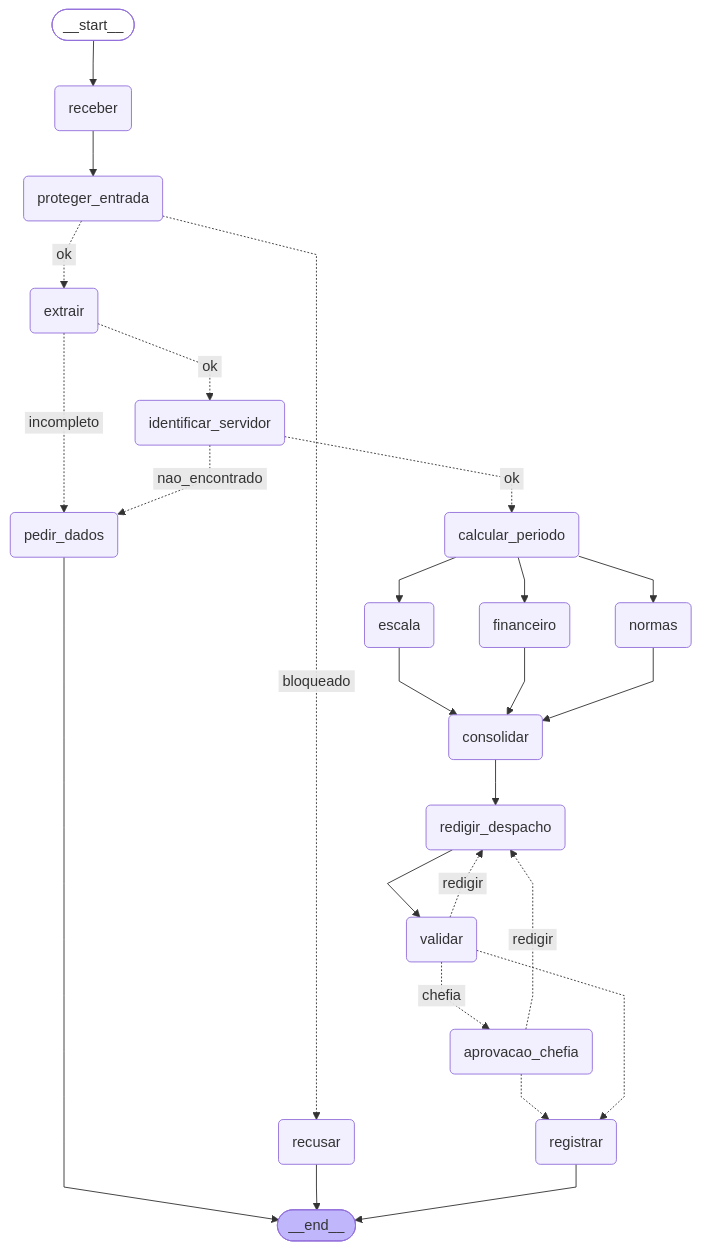
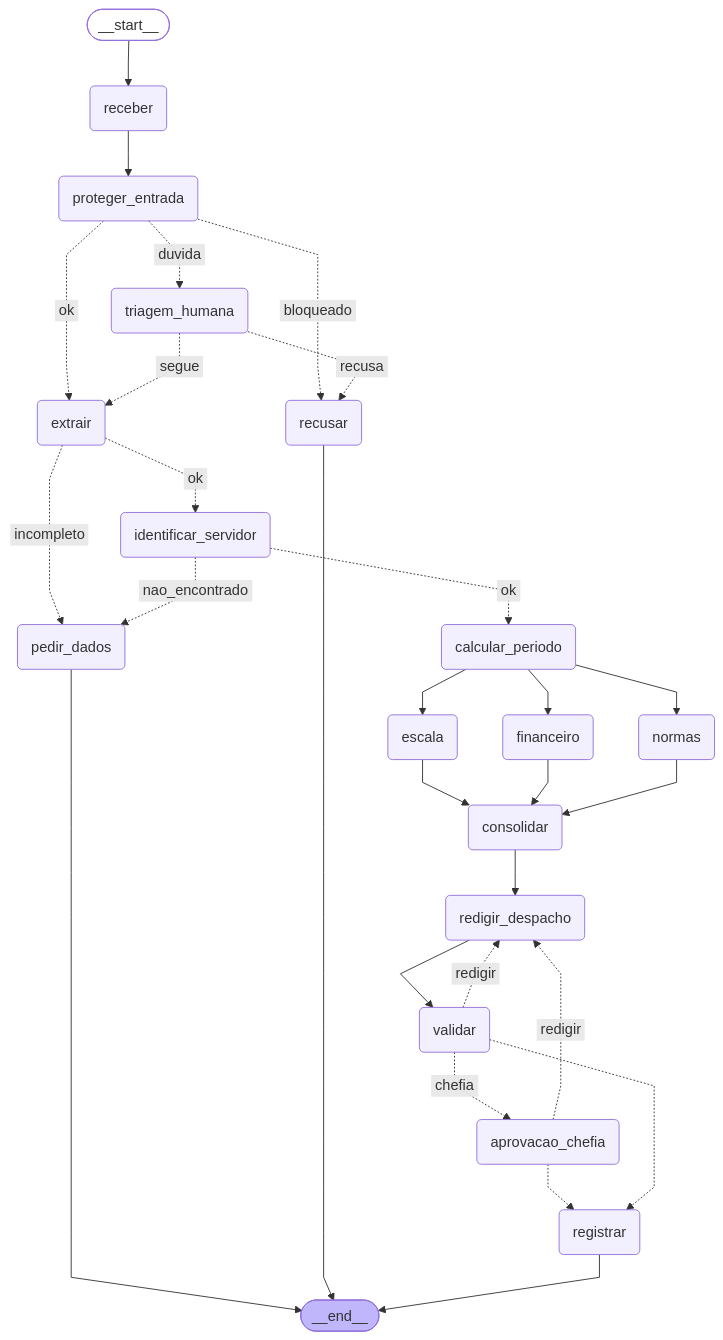
Before and after one commit to FLPROBR/mba_multiagentes: the diagram in ENTREGA.md, drawn with Mermaid. The commit also changed other lines of this file and 5 other files, not shown here.

Commit message:
Opcionais: votação (A), governança por hooks (B) e triagem humana (C)

````diff
--- a/ENTREGA.md
+++ b/ENTREGA.md
@@ -43,52 +43,56 @@
 ```mermaid
 ---
 config:
   flowchart:
     curve: linear
 ---
 graph TD;
 	__start__([<p>__start__</p>]):::first
 	receber(receber)
 	proteger_entrada(proteger_entrada)
 	recusar(recusar)
 	extrair(extrair)
 	pedir_dados(pedir_dados)
 	identificar_servidor(identificar_servidor)
 	calcular_periodo(calcular_periodo)
 	normas(normas)
 	escala(escala)
 	financeiro(financeiro)
 	consolidar(consolidar)
 	redigir_despacho(redigir_despacho)
 	validar(validar)
 	aprovacao_chefia(aprovacao_chefia)
 	registrar(registrar)
+	triagem_humana(triagem_humana)
 	__end__([<p>__end__</p>]):::last
 	__start__ --> receber;
 	aprovacao_chefia -. &nbsp;redigir&nbsp; .-> redigir_despacho;
 	aprovacao_chefia -.-> registrar;
 	calcular_periodo --> escala;
 	calcular_periodo --> financeiro;
 	calcular_periodo --> normas;
 	consolidar --> redigir_despacho;
 	escala --> consolidar;
 	extrair -. &nbsp;ok&nbsp; .-> identificar_servidor;
 	extrair -. &nbsp;incompleto&nbsp; .-> pedir_dados;
 	financeiro --> consolidar;
 	identificar_servidor -. &nbsp;ok&nbsp; .-> calcular_periodo;
 	identificar_servidor -. &nbsp;nao_encontrado&nbsp; .-> pedir_dados;
 	normas --> consolidar;
 	proteger_entrada -. &nbsp;ok&nbsp; .-> extrair;
 	proteger_entrada -. &nbsp;bloqueado&nbsp; .-> recusar;
+	proteger_entrada -. &nbsp;duvida&nbsp; .-> triagem_humana;
 	receber --> proteger_entrada;
 	redigir_despacho --> validar;
+	triagem_humana -. &nbsp;segue&nbsp; .-> extrair;
+	triagem_humana -. &nbsp;recusa&nbsp; .-> recusar;
 	validar -. &nbsp;chefia&nbsp; .-> aprovacao_chefia;
 	validar -. &nbsp;redigir&nbsp; .-> redigir_despacho;
 	validar -.-> registrar;
 	pedir_dados --> __end__;
 	recusar --> __end__;
 	registrar --> __end__;
 	classDef default fill:#f2f0ff,line-height:1.2
 	classDef first fill-opacity:0
 	classDef last fill:#bfb6fc
 ```
````
